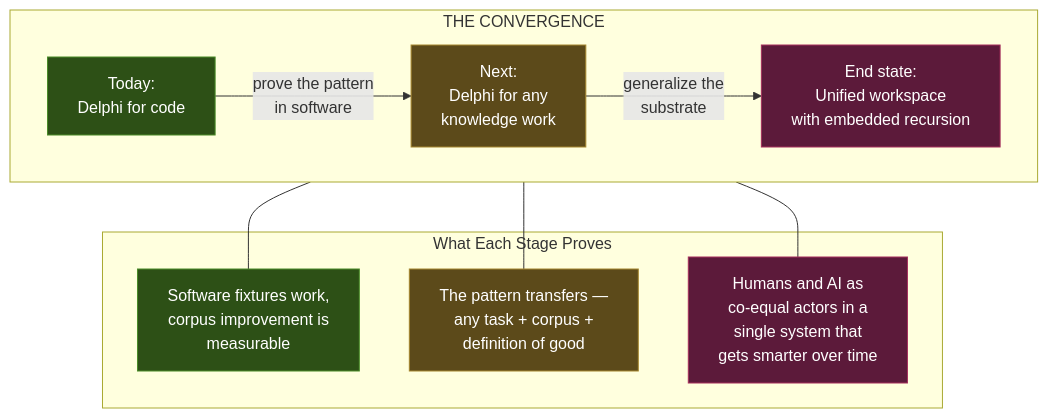
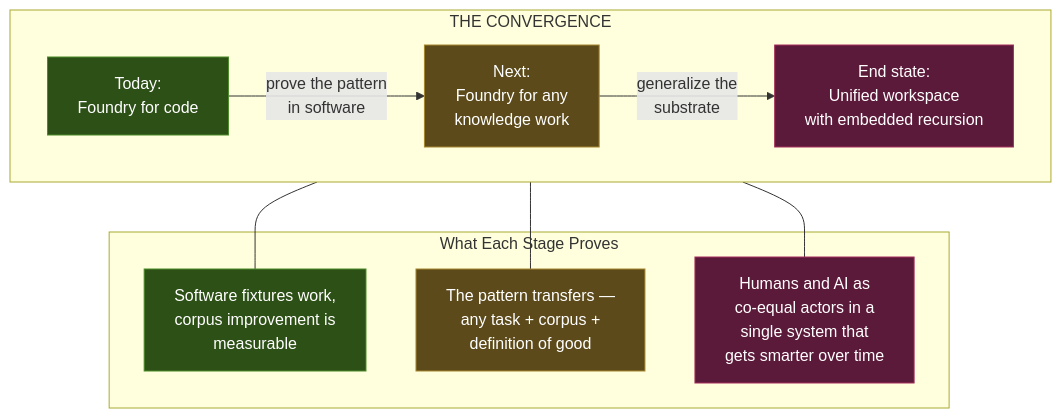
The ninth of 11 diagrams in PROPOSAL.md (inixiative/foundry), drawn with Mermaid before and after one commit. The commit also changed other lines of this file, not shown here.

First line of the commit message:
Rename project from Delphi to Foundry

````diff
--- a/PROPOSAL.md
+++ b/PROPOSAL.md
@@ -322,29 +322,29 @@
 ```mermaid
 graph TB
     subgraph "THE CONVERGENCE"
         direction LR
-        TODAY["Today:<br/>Delphi for code"]
-        NEXT["Next:<br/>Delphi for any<br/>knowledge work"]
+        TODAY["Today:<br/>Foundry for code"]
+        NEXT["Next:<br/>Foundry for any<br/>knowledge work"]
         END["End state:<br/>Unified workspace<br/>with embedded recursion"]
 
         TODAY -->|"prove the pattern<br/>in software"| NEXT
         NEXT -->|"generalize the<br/>substrate"| END
     end
 
     subgraph "What Each Stage Proves"
         P1["Software fixtures work,<br/>corpus improvement is<br/>measurable"]
         P2["The pattern transfers —<br/>any task + corpus +<br/>definition of good"]
         P3["Humans and AI as<br/>co-equal actors in a<br/>single system that<br/>gets smarter over time"]
     end
 
     TODAY --- P1
     NEXT --- P2
     END --- P3
 
     style TODAY fill:#2d5016,stroke:#4a8c28,color:#fff
     style NEXT fill:#5c4a1a,stroke:#a6862e,color:#fff
     style END fill:#5c1a3a,stroke:#a62e5c,color:#fff
     style P1 fill:#2d5016,stroke:#4a8c28,color:#fff
     style P2 fill:#5c4a1a,stroke:#a6862e,color:#fff
     style P3 fill:#5c1a3a,stroke:#a62e5c,color:#fff
 ```
````
